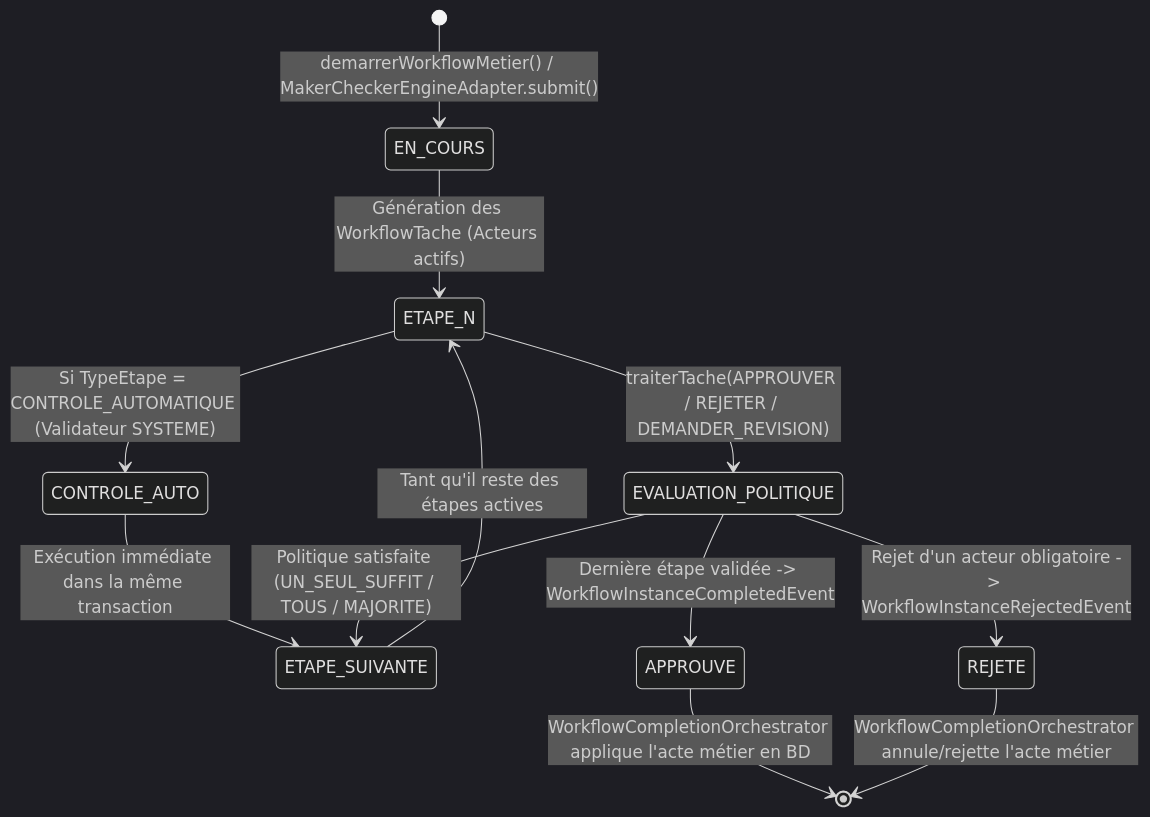
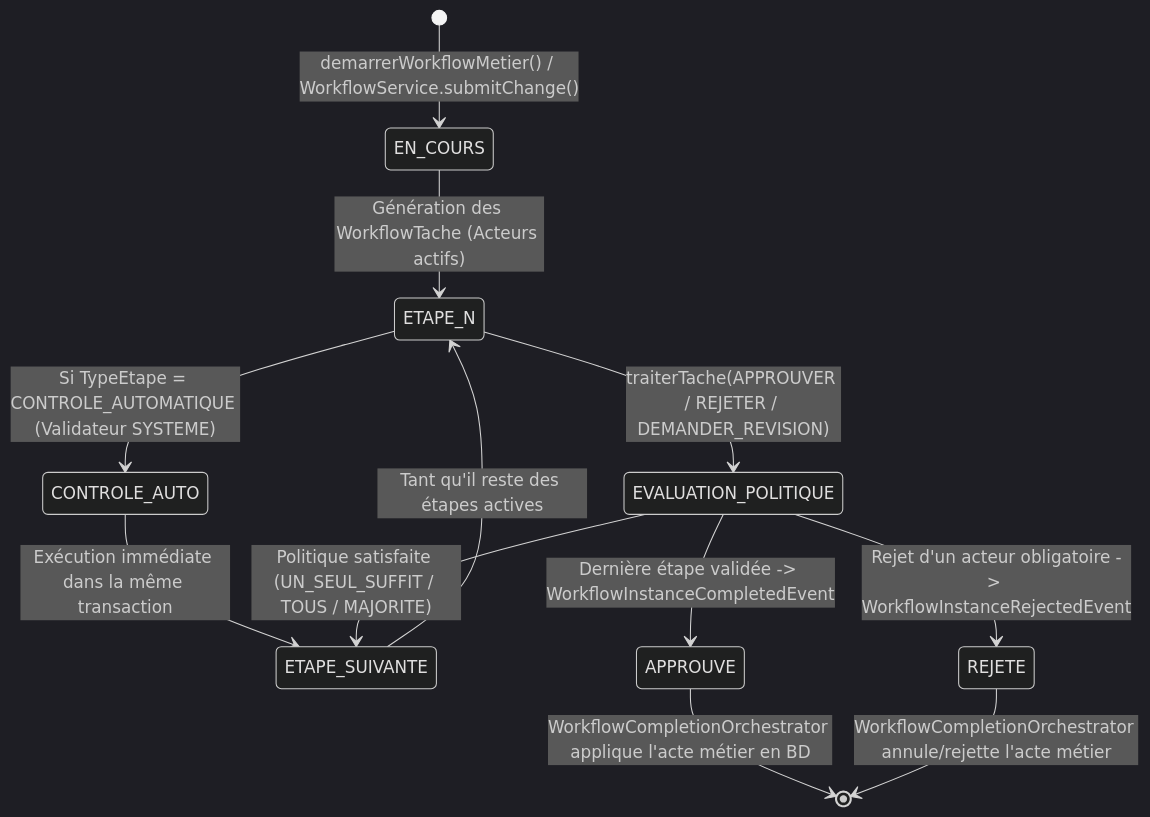
Before and after one commit to blingard/sodepa_backend: the third of 4 diagrams in docs/architecture/DOCUMENT_CONCEPTION_DETAILLE_ERP_SODEPA.md, drawn with Mermaid (dark theme). The commit also changed other lines of this file and 2 other files, not shown here.

First line of the commit message:
docs(workflow): mise a jour des specifications d'architecture et matrice de resolution D1-D12

````diff
--- a/docs/architecture/DOCUMENT_CONCEPTION_DETAILLE_ERP_SODEPA.md
+++ b/docs/architecture/DOCUMENT_CONCEPTION_DETAILLE_ERP_SODEPA.md
@@ -143,14 +143,14 @@
 ```mermaid
 stateDiagram-v2
-    [*] --> EN_COURS : demarrerWorkflowMetier() / MakerCheckerEngineAdapter.submit()
+    [*] --> EN_COURS : demarrerWorkflowMetier() / WorkflowService.submitChange()
     EN_COURS --> ETAPE_N : Génération des WorkflowTache (Acteurs actifs)
     ETAPE_N --> CONTROLE_AUTO : Si TypeEtape = CONTROLE_AUTOMATIQUE (Validateur SYSTEME)
     CONTROLE_AUTO --> ETAPE_SUIVANTE : Exécution immédiate dans la même transaction
     ETAPE_N --> EVALUATION_POLITIQUE : traiterTache(APPROUVER / REJETER / DEMANDER_REVISION)
     EVALUATION_POLITIQUE --> ETAPE_SUIVANTE : Politique satisfaite (UN_SEUL_SUFFIT / TOUS / MAJORITE)
     ETAPE_SUIVANTE --> ETAPE_N : Tant qu'il reste des étapes actives
     EVALUATION_POLITIQUE --> APPROUVE : Dernière étape validée -> WorkflowInstanceCompletedEvent
     EVALUATION_POLITIQUE --> REJETE : Rejet d'un acteur obligatoire -> WorkflowInstanceRejectedEvent
     APPROUVE --> [*] : WorkflowCompletionOrchestrator applique l'acte métier en BD
     REJETE --> [*] : WorkflowCompletionOrchestrator annule/rejette l'acte métier
 ```
````
